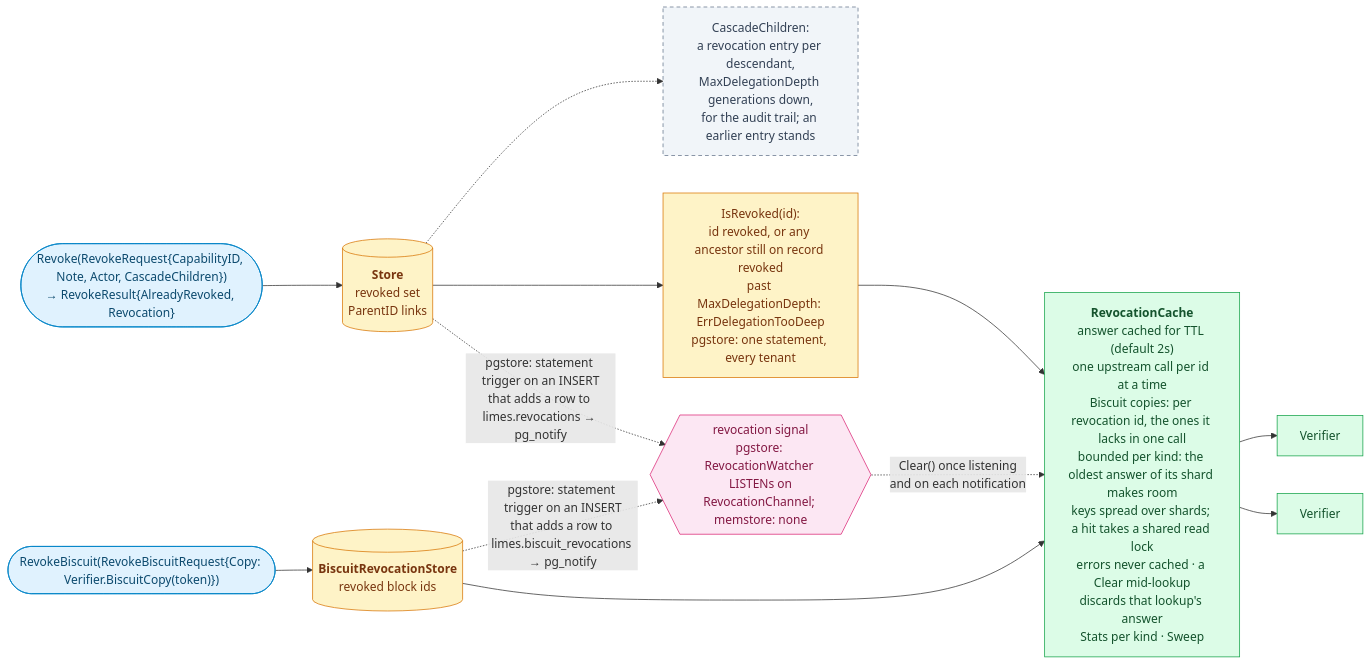
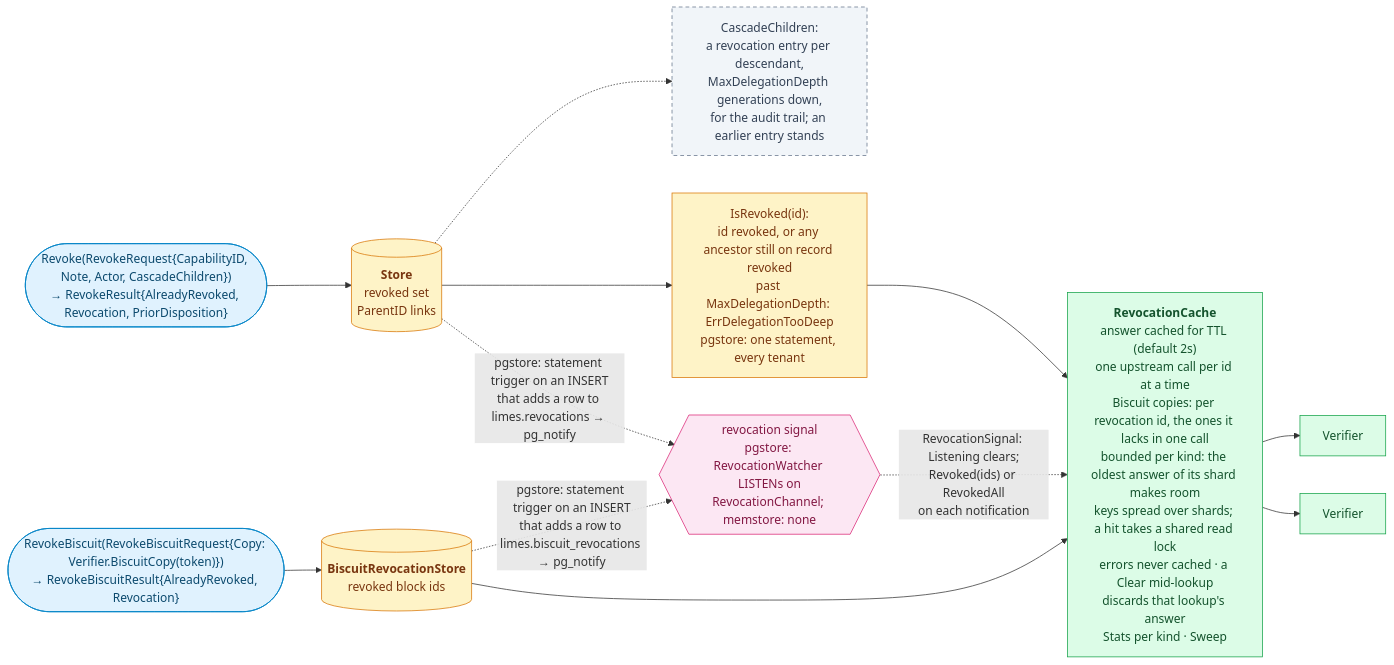
One commit to oleg-tkachuk/limes changed diagram 11 of 13 in docs/diagrams.md. Above: the diagram before and after it, drawn with Mermaid. The commit also changed other lines of this file, not shown here.

Commit message:
docs(diagrams): show the revoke results and the revocation signal

````diff
--- a/docs/diagrams.md
+++ b/docs/diagrams.md
@@ -894,34 +894,34 @@
 ```mermaid
 flowchart LR
-    op(["Revoke(RevokeRequest{CapabilityID, Note, Actor, CascadeChildren})<br/>→ RevokeResult{AlreadyRevoked, Revocation}"])
+    op(["Revoke(RevokeRequest{CapabilityID, Note, Actor, CascadeChildren})<br/>→ RevokeResult{AlreadyRevoked, Revocation, PriorDisposition}"])
     store[("<b>Store</b><br/>revoked set<br/>ParentID links")]
     cascade["CascadeChildren:<br/>a revocation entry per descendant,<br/>MaxDelegationDepth generations down,<br/>for the audit trail; an earlier entry stands"]
     chain["IsRevoked(id):<br/>id revoked, or any ancestor still on record revoked<br/>past MaxDelegationDepth: ErrDelegationTooDeep<br/>pgstore: one statement, every tenant"]
     cache["<b>RevocationCache</b><br/>answer cached for TTL (default 2s)<br/>one upstream call per id at a time<br/>Biscuit copies: per revocation id, the ones it lacks in one call<br/>bounded per kind: the oldest answer of its shard makes room<br/>keys spread over shards; a hit takes a shared read lock<br/>errors never cached · a Clear mid-lookup<br/>discards that lookup's answer<br/>Stats per kind · Sweep"]
     notify{{"revocation signal<br/>pgstore: RevocationWatcher LISTENs on<br/>RevocationChannel; memstore: none"}}
-    bop(["RevokeBiscuit(RevokeBiscuitRequest{Copy: Verifier.BiscuitCopy(token)})"])
+    bop(["RevokeBiscuit(RevokeBiscuitRequest{Copy: Verifier.BiscuitCopy(token)})<br/>→ RevokeBiscuitResult{AlreadyRevoked, Revocation}"])
     blist[("<b>BiscuitRevocationStore</b><br/>revoked block ids")]
     v1["Verifier"]
     v2["Verifier"]
 
     op --> store
     store -.-> cascade
     store --> chain --> cache
     cache --> v1
     cache --> v2
     store -. "pgstore: statement trigger on an INSERT<br/>that adds a row to limes.revocations → pg_notify" .-> notify
     blist -. "pgstore: statement trigger on an INSERT<br/>that adds a row to limes.biscuit_revocations → pg_notify" .-> notify
-    notify -. "Clear() once listening<br/>and on each notification" .-> cache
+    notify -. "RevocationSignal: Listening clears;<br/>Revoked(ids) or RevokedAll<br/>on each notification" .-> cache
     bop --> blist --> cache
 
     classDef client fill:#E0F2FE,stroke:#0284C7,color:#0C4A6E
     classDef role fill:#DCFCE7,stroke:#16A34A,color:#14532D
     classDef optional fill:#F1F5F9,stroke:#64748B,color:#334155,stroke-dasharray:5 4
     classDef store fill:#FEF3C7,stroke:#D97706,color:#78350F
     classDef external fill:#FCE7F3,stroke:#DB2777,color:#831843
     class op,bop client
     class v1,v2,cache role
     class cascade optional
     class store,chain,blist store
     class notify external
 ```
````
